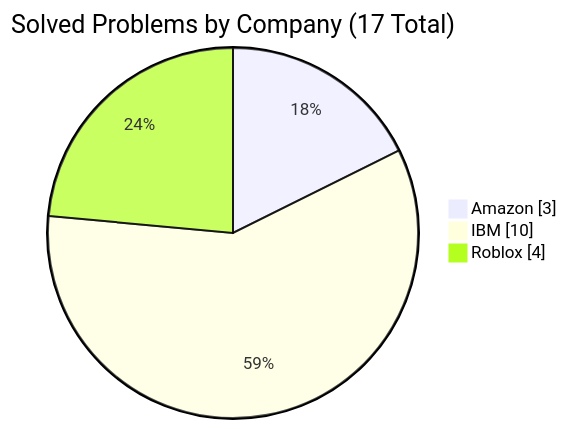
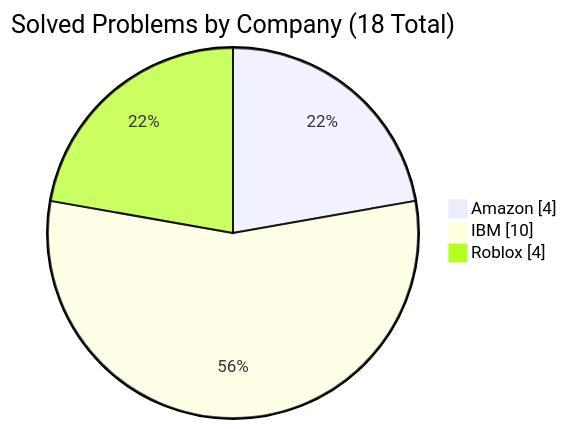
One commit to simonesiega/leetcode-solutions changed the fourth of 4 diagrams in README.md. Above: the diagram before and after it, drawn with Mermaid. The commit also changed 7 other files, not shown here.

````diff
--- a/README.md
+++ b/README.md
@@ -168,7 +168,7 @@
 ```mermaid
 pie showData
-    title Solved Problems by Company (17 Total)
-    "Amazon" : 3
+    title Solved Problems by Company (18 Total)
+    "Amazon" : 4
     "IBM" : 10
     "Roblox" : 4
 ```
````
